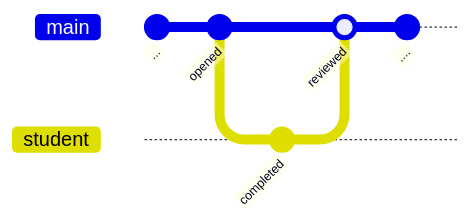
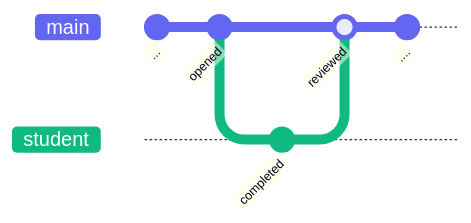
The third of 3 diagrams in _posts/2023-02-13-Git-Practices.md (d33bs/set-website), drawn with Mermaid before and after one commit. The commit also changed other lines of this file, not shown here.

Commit message:
gitgraph colors

````diff
--- a/_posts/2023-02-13-Git-Practices.md
+++ b/_posts/2023-02-13-Git-Practices.md
@@ -72,12 +77,17 @@
 ```mermaid
+%%{init: { 'logLevel': 'debug', 'theme': 'default' , 'themeVariables': {
+      'git0': '#6366F1',
+      'git1': '#10B981',
+      'gitBranchLabel1': '#ffffff'
+} } }%%
     gitGraph
        commit id: "..."
        commit id: "opened"
        branch student
        checkout student
        commit id: "completed"
        checkout main
        merge student id: "reviewed"
        commit id: "...."
 
 ```
````
